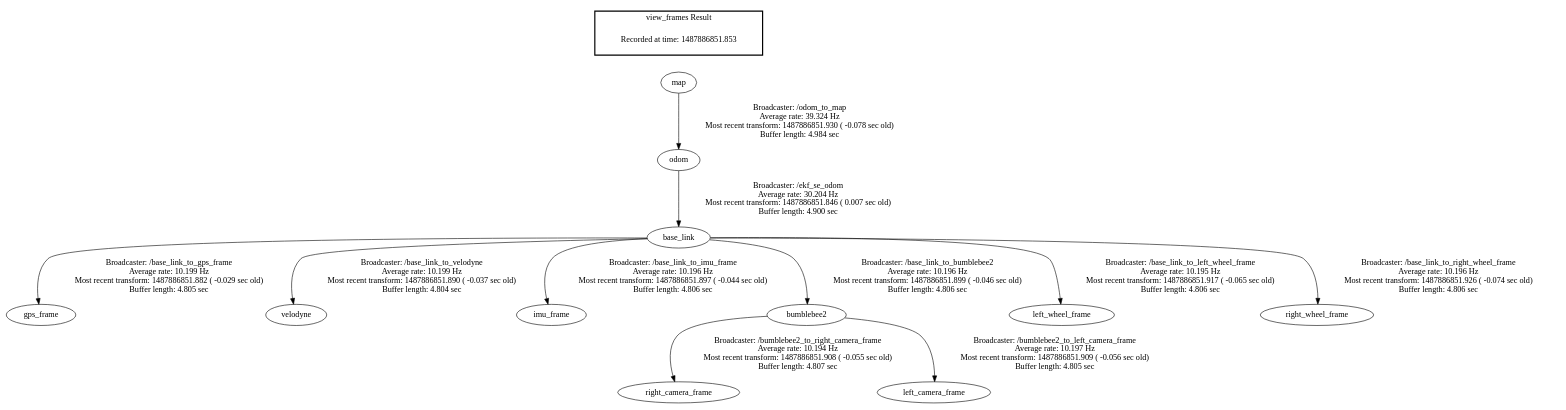
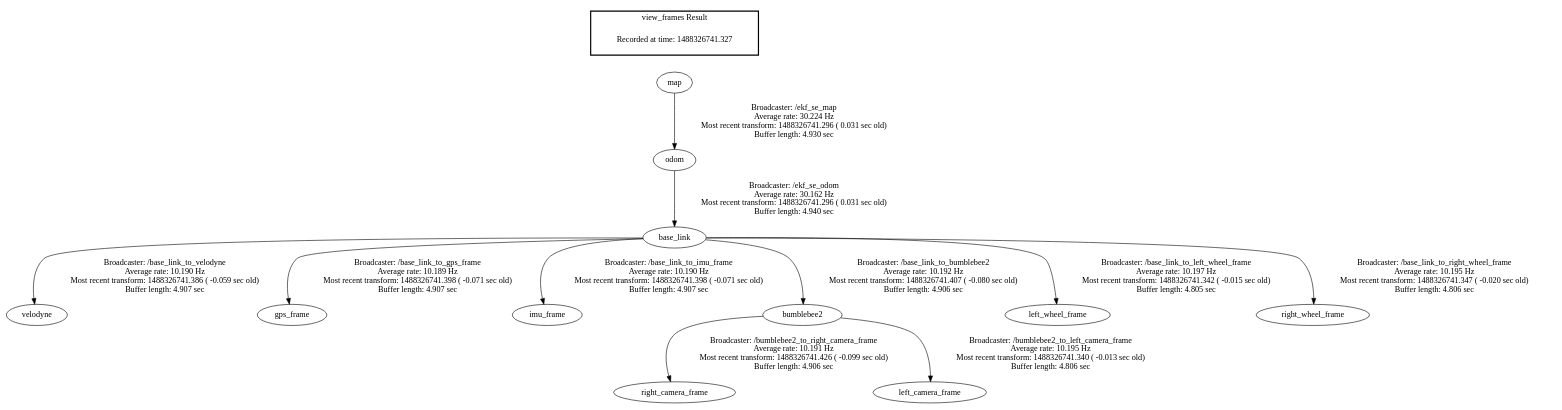
One commit to westpoint-robotics/iggy changed the diagram in frames.gv. Above: the diagram before and after it, drawn with Graphviz. The commit also changed 9 other files, not shown here.

```diff
--- a/frames.gv
+++ b/frames.gv
@@ -1,16 +1,16 @@
 digraph G {
-"odom" -> "base_link"[label="Broadcaster: /ekf_se_odom\nAverage rate: 30.204 Hz\nMost recent transform: 1487886851.846 ( 0.007 sec old)\nBuffer length: 4.900 sec\n"];
-"map" -> "odom"[label="Broadcaster: /odom_to_map\nAverage rate: 39.324 Hz\nMost recent transform: 1487886851.930 ( -0.078 sec old)\nBuffer length: 4.984 sec\n"];
-"base_link" -> "gps_frame"[label="Broadcaster: /base_link_to_gps_frame\nAverage rate: 10.199 Hz\nMost recent transform: 1487886851.882 ( -0.029 sec old)\nBuffer length: 4.805 sec\n"];
-"base_link" -> "velodyne"[label="Broadcaster: /base_link_to_velodyne\nAverage rate: 10.199 Hz\nMost recent transform: 1487886851.890 ( -0.037 sec old)\nBuffer length: 4.804 sec\n"];
-"base_link" -> "imu_frame"[label="Broadcaster: /base_link_to_imu_frame\nAverage rate: 10.196 Hz\nMost recent transform: 1487886851.897 ( -0.044 sec old)\nBuffer length: 4.806 sec\n"];
-"base_link" -> "bumblebee2"[label="Broadcaster: /base_link_to_bumblebee2\nAverage rate: 10.196 Hz\nMost recent transform: 1487886851.899 ( -0.046 sec old)\nBuffer length: 4.806 sec\n"];
-"bumblebee2" -> "right_camera_frame"[label="Broadcaster: /bumblebee2_to_right_camera_frame\nAverage rate: 10.194 Hz\nMost recent transform: 1487886851.908 ( -0.055 sec old)\nBuffer length: 4.807 sec\n"];
-"bumblebee2" -> "left_camera_frame"[label="Broadcaster: /bumblebee2_to_left_camera_frame\nAverage rate: 10.197 Hz\nMost recent transform: 1487886851.909 ( -0.056 sec old)\nBuffer length: 4.805 sec\n"];
-"base_link" -> "left_wheel_frame"[label="Broadcaster: /base_link_to_left_wheel_frame\nAverage rate: 10.195 Hz\nMost recent transform: 1487886851.917 ( -0.065 sec old)\nBuffer length: 4.806 sec\n"];
-"base_link" -> "right_wheel_frame"[label="Broadcaster: /base_link_to_right_wheel_frame\nAverage rate: 10.196 Hz\nMost recent transform: 1487886851.926 ( -0.074 sec old)\nBuffer length: 4.806 sec\n"];
+"odom" -> "base_link"[label="Broadcaster: /ekf_se_odom\nAverage rate: 30.162 Hz\nMost recent transform: 1488326741.296 ( 0.031 sec old)\nBuffer length: 4.940 sec\n"];
+"map" -> "odom"[label="Broadcaster: /ekf_se_map\nAverage rate: 30.224 Hz\nMost recent transform: 1488326741.296 ( 0.031 sec old)\nBuffer length: 4.930 sec\n"];
+"base_link" -> "velodyne"[label="Broadcaster: /base_link_to_velodyne\nAverage rate: 10.190 Hz\nMost recent transform: 1488326741.386 ( -0.059 sec old)\nBuffer length: 4.907 sec\n"];
+"base_link" -> "gps_frame"[label="Broadcaster: /base_link_to_gps_frame\nAverage rate: 10.189 Hz\nMost recent transform: 1488326741.398 ( -0.071 sec old)\nBuffer length: 4.907 sec\n"];
+"base_link" -> "imu_frame"[label="Broadcaster: /base_link_to_imu_frame\nAverage rate: 10.190 Hz\nMost recent transform: 1488326741.398 ( -0.071 sec old)\nBuffer length: 4.907 sec\n"];
+"base_link" -> "bumblebee2"[label="Broadcaster: /base_link_to_bumblebee2\nAverage rate: 10.192 Hz\nMost recent transform: 1488326741.407 ( -0.080 sec old)\nBuffer length: 4.906 sec\n"];
+"bumblebee2" -> "right_camera_frame"[label="Broadcaster: /bumblebee2_to_right_camera_frame\nAverage rate: 10.191 Hz\nMost recent transform: 1488326741.426 ( -0.099 sec old)\nBuffer length: 4.906 sec\n"];
+"bumblebee2" -> "left_camera_frame"[label="Broadcaster: /bumblebee2_to_left_camera_frame\nAverage rate: 10.195 Hz\nMost recent transform: 1488326741.340 ( -0.013 sec old)\nBuffer length: 4.806 sec\n"];
+"base_link" -> "left_wheel_frame"[label="Broadcaster: /base_link_to_left_wheel_frame\nAverage rate: 10.197 Hz\nMost recent transform: 1488326741.342 ( -0.015 sec old)\nBuffer length: 4.805 sec\n"];
+"base_link" -> "right_wheel_frame"[label="Broadcaster: /base_link_to_right_wheel_frame\nAverage rate: 10.195 Hz\nMost recent transform: 1488326741.347 ( -0.020 sec old)\nBuffer length: 4.806 sec\n"];
 edge [style=invis];
  subgraph cluster_legend { style=bold; color=black; label ="view_frames Result";
-"Recorded at time: 1487886851.853"[ shape=plaintext ] ;
+"Recorded at time: 1488326741.327"[ shape=plaintext ] ;
  }->"map";
 }
```
